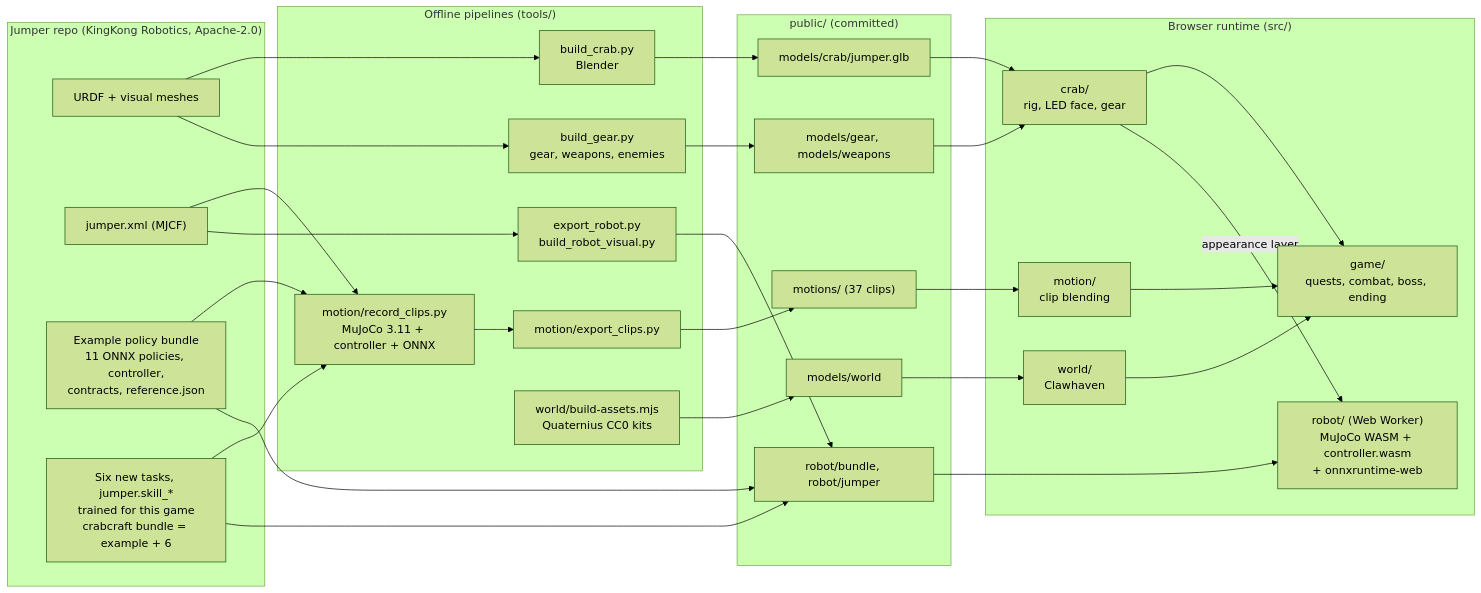
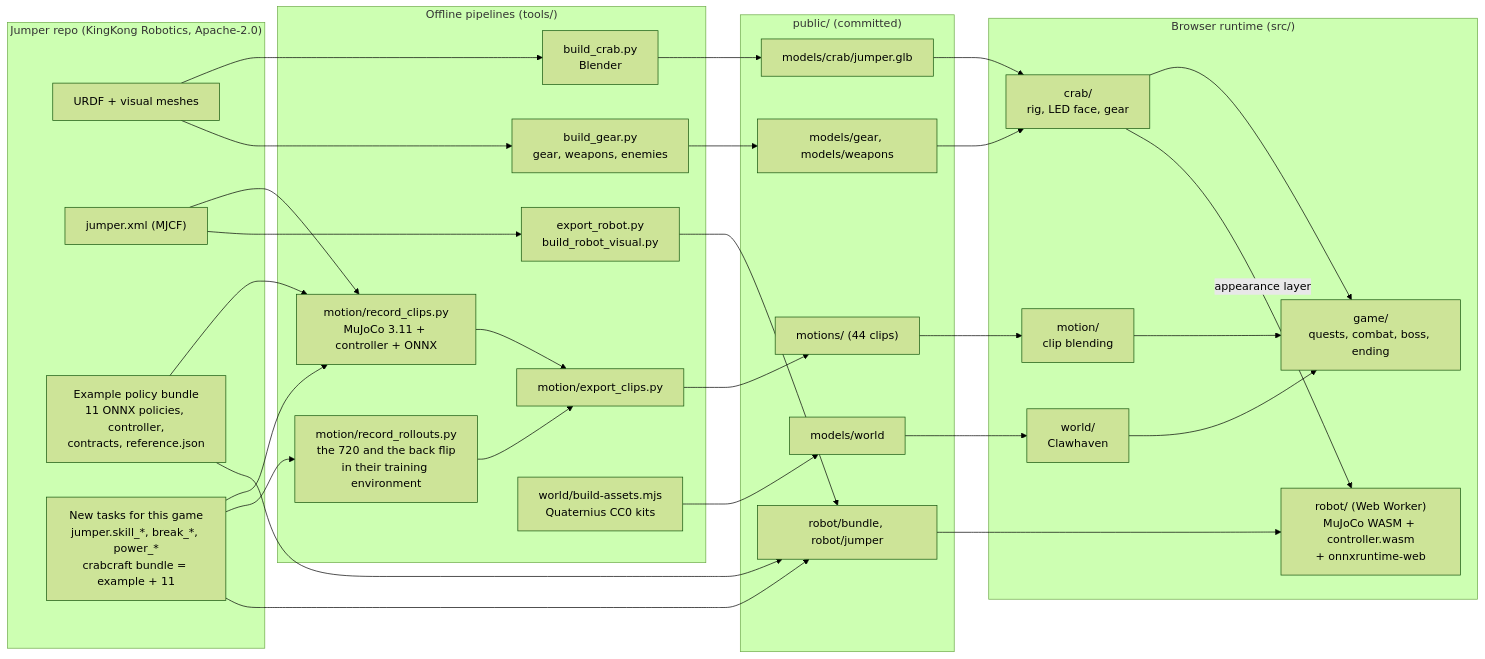
The diagram in README.md (inhyk/crabcraft), drawn with Mermaid (forest theme) before and after one commit. The commit also changed other lines of this file and 63 other files, not shown here.

First line of the commit message:
Breakdance: seven trained Jumper moves, B emote, ending finale, Robot Mode (#2)

````diff
--- a/README.md
+++ b/README.md
@@ -205,44 +231,46 @@
 ```mermaid
 flowchart LR
   subgraph J["Jumper repo (KingKong Robotics, Apache-2.0)"]
     URDF["URDF + visual meshes"]
     MJCF["jumper.xml (MJCF)"]
     BUNDLE["Example policy bundle<br/>11 ONNX policies, controller,<br/>contracts, reference.json"]
-    SKILL["Six new tasks, jumper.skill_*<br/>trained for this game<br/>crabcraft bundle = example + 6"]
+    SKILL["New tasks for this game<br/>jumper.skill_*, break_*, power_*<br/>crabcraft bundle = example + 11"]
   end
   subgraph T["Offline pipelines (tools/)"]
     BC["build_crab.py<br/>Blender"]
     BG["build_gear.py<br/>gear, weapons, enemies"]
     REC["motion/record_clips.py<br/>MuJoCo 3.11 + controller + ONNX"]
+    ROLL["motion/record_rollouts.py<br/>the 720 and the back flip<br/>in their training environment"]
     EXP["motion/export_clips.py"]
     ER["export_robot.py<br/>build_robot_visual.py"]
     WB["world/build-assets.mjs<br/>Quaternius CC0 kits"]
   end
   subgraph P["public/ (committed)"]
     GLB["models/crab/jumper.glb"]
     GEAR["models/gear, models/weapons"]
-    MOT["motions/ (37 clips)"]
+    MOT["motions/ (44 clips)"]
     RB["robot/bundle, robot/jumper"]
     WG["models/world"]
   end
   subgraph R["Browser runtime (src/)"]
     CRAB["crab/<br/>rig, LED face, gear"]
     MOTION["motion/<br/>clip blending"]
     WORLD["world/<br/>Clawhaven"]
     GAME["game/<br/>quests, combat, boss, ending"]
     ROBOT["robot/ (Web Worker)<br/>MuJoCo WASM + controller.wasm<br/>+ onnxruntime-web"]
   end
   URDF --> BC --> GLB --> CRAB
   URDF --> BG --> GEAR --> CRAB
   MJCF --> REC
   BUNDLE --> REC --> EXP --> MOT --> MOTION
   SKILL --> REC
+  SKILL --> ROLL --> EXP
   MJCF --> ER --> RB
   BUNDLE --> RB --> ROBOT
   SKILL --> RB
   WB --> WG --> WORLD
   CRAB --> GAME
   MOTION --> GAME
   WORLD --> GAME
   CRAB -->|appearance layer| ROBOT
 ```
````
